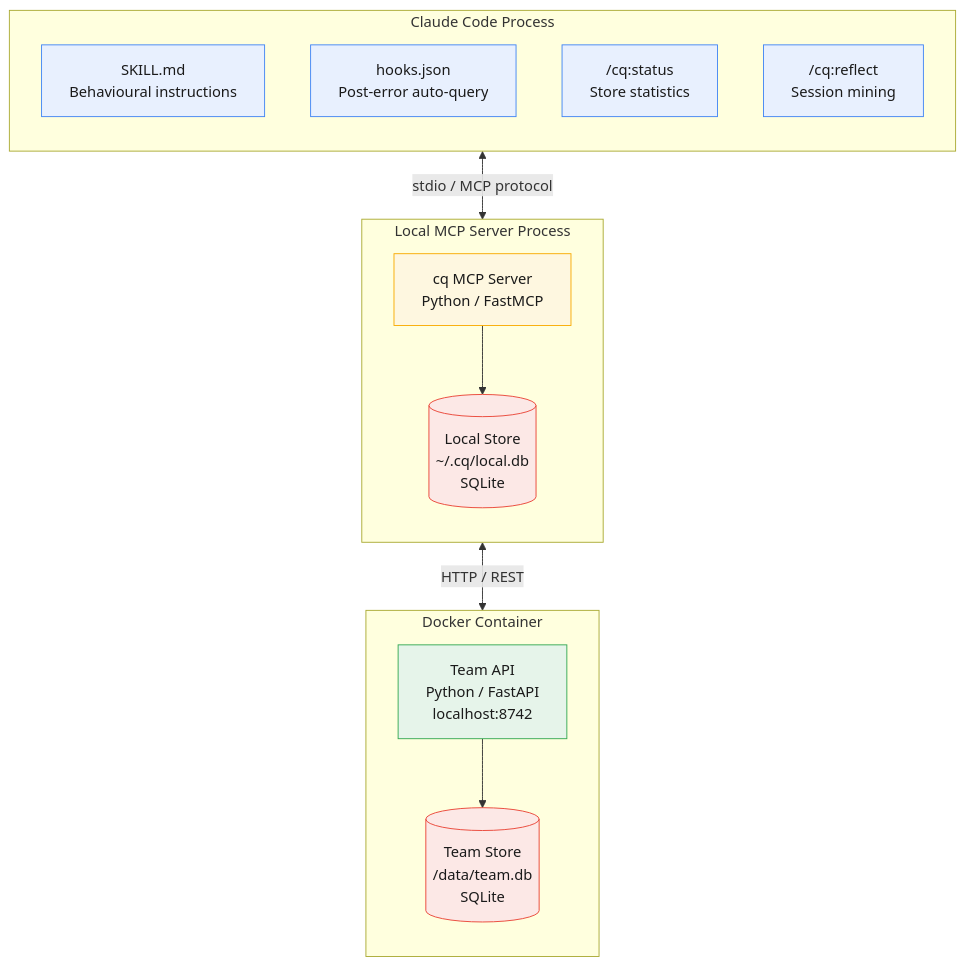
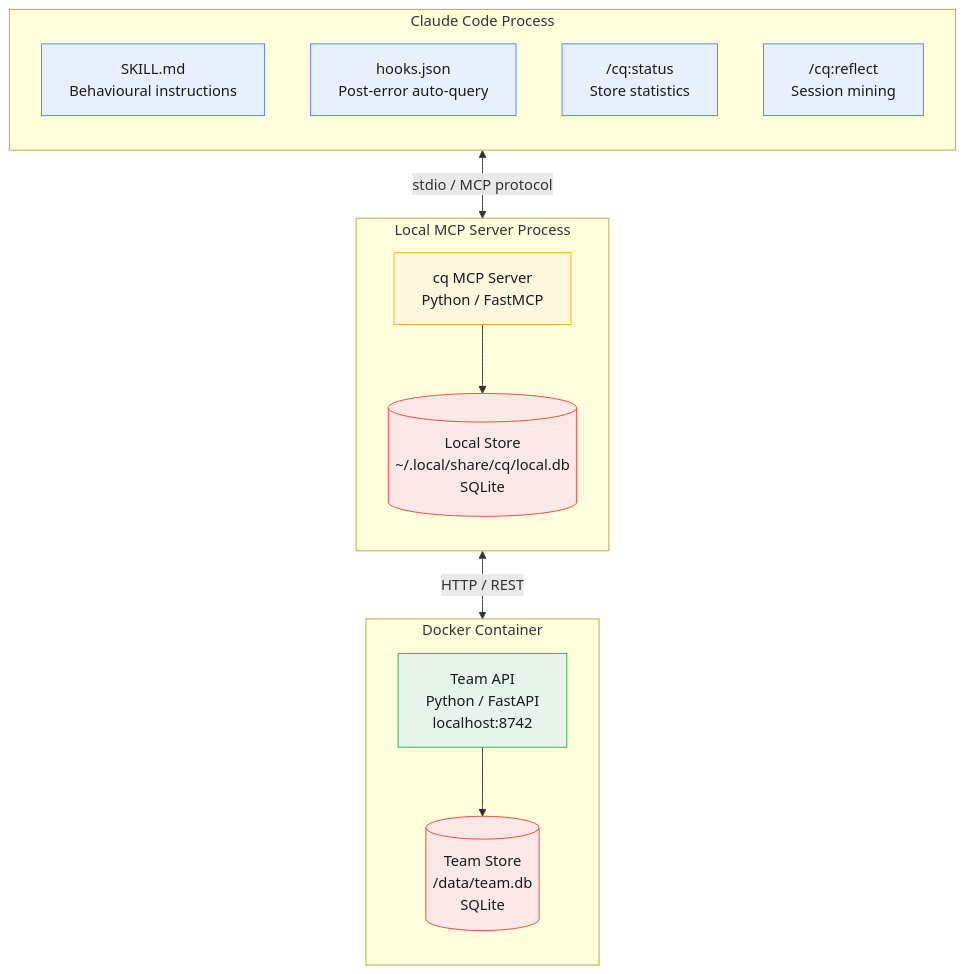
The diagram in README.md (mozilla-ai/cq), drawn with Mermaid before and after one commit. The commit also changed other lines of this file and 6 other files, not shown here.

````diff
--- a/README.md
+++ b/README.md
@@ -116,37 +116,37 @@
 ```mermaid
 flowchart TB
     subgraph cc["Claude Code Process"]
         direction TB
         skill["SKILL.md\nBehavioural instructions"]
         hook["hooks.json\nPost-error auto-query"]
         cmd_status["/cq:status\nStore statistics"]
         cmd_reflect["/cq:reflect\nSession mining"]
     end
 
     subgraph mcp["Local MCP Server Process"]
         direction TB
         server["cq MCP Server\nPython / FastMCP"]
-        local_db[("Local Store\n~/.cq/local.db\nSQLite")]
+        local_db[("Local Store\n~/.local/share/cq/local.db\nSQLite")]
         server --> local_db
     end
 
     subgraph docker["Docker Container"]
         direction TB
         api["Team API\nPython / FastAPI\nlocalhost:8742"]
         team_db[("Team Store\n/data/team.db\nSQLite")]
         api --> team_db
     end
 
     cc <-->|"stdio / MCP protocol"| mcp
     mcp <-->|"HTTP / REST"| docker
 
     classDef ccStyle fill:#e8f0fe,stroke:#4285f4,color:#1a1a1a
     classDef mcpStyle fill:#fef7e0,stroke:#f9ab00,color:#1a1a1a
     classDef dockerStyle fill:#e6f4ea,stroke:#34a853,color:#1a1a1a
     classDef dbStyle fill:#fce8e6,stroke:#ea4335,color:#1a1a1a
 
     class skill,hook,cmd_status,cmd_reflect ccStyle
     class server mcpStyle
     class api dockerStyle
     class local_db,team_db dbStyle
 ```
````
